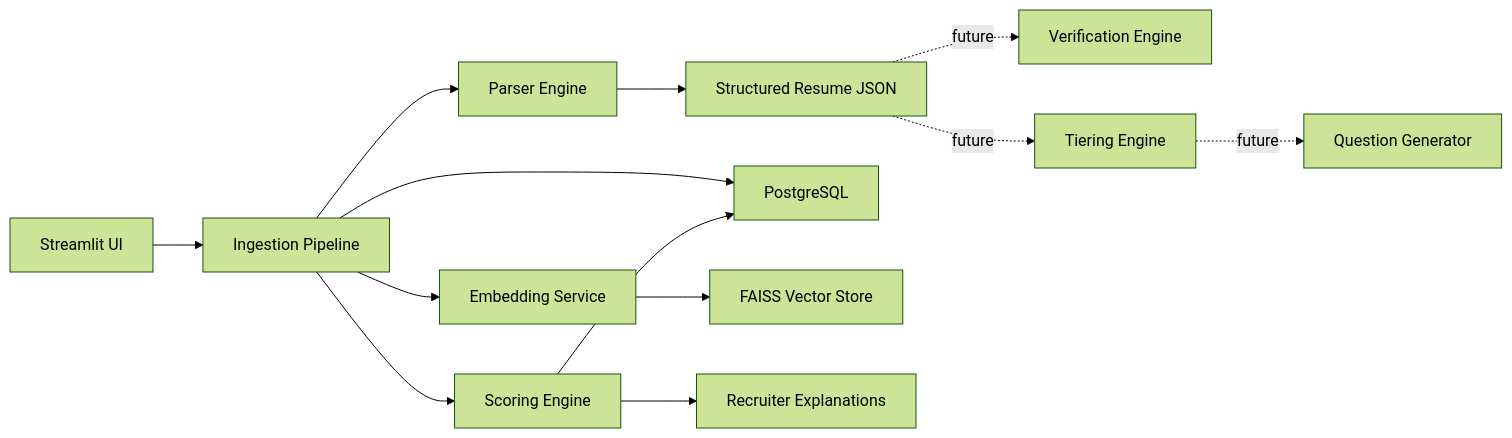
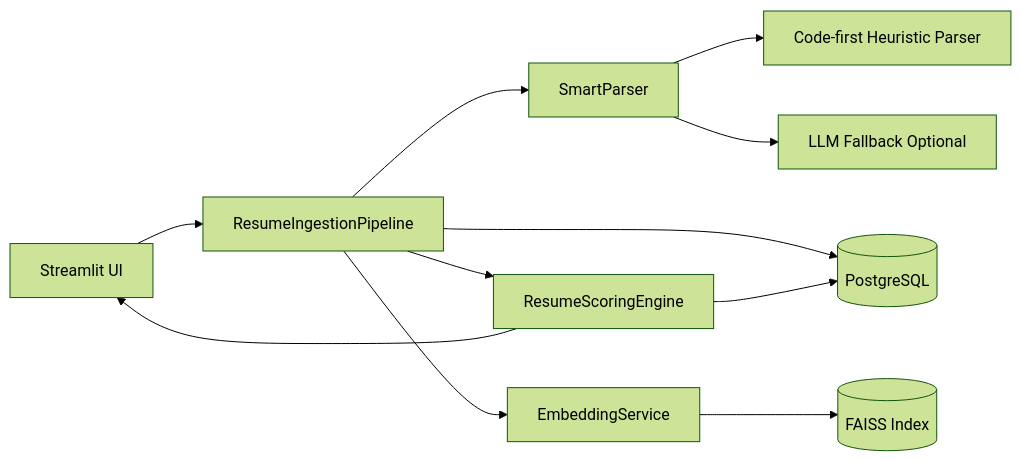
Before and after one commit to Vamsikrishna99498/jano_project: the first of 3 diagrams in SYSTEM_DESIGN.md, drawn with Mermaid (forest theme). The commit also changed other lines of this file and 1 other file, not shown here.

````diff
--- a/SYSTEM_DESIGN.md
+++ b/SYSTEM_DESIGN.md
@@ -42,16 +25,13 @@
 ```mermaid
 flowchart LR
-    A[Streamlit UI] --> B[Ingestion Pipeline]
-    B --> C[Parser Engine]
-    C --> D[Structured Resume JSON]
-    B --> E[PostgreSQL]
-    B --> F[Embedding Service]
-    F --> G[FAISS Vector Store]
-    B --> H[Scoring Engine]
-    H --> E
-    H --> I[Recruiter Explanations]
-
-    D -. future .-> J[Verification Engine]
-    D -. future .-> K[Tiering Engine]
-    K -. future .-> L[Question Generator]
+    UI[Streamlit UI] --> PIPE[ResumeIngestionPipeline]
+    PIPE --> PARSER[SmartParser]
+    PARSER --> HEUR[Code-first Heuristic Parser]
+    PARSER --> LLM[LLM Fallback Optional]
+    PIPE --> DB[(PostgreSQL)]
+    PIPE --> EMB[EmbeddingService]
+    EMB --> VEC[(FAISS Index)]
+    PIPE --> SCORE[ResumeScoringEngine]
+    SCORE --> DB
+    SCORE --> UI
 ```
````
